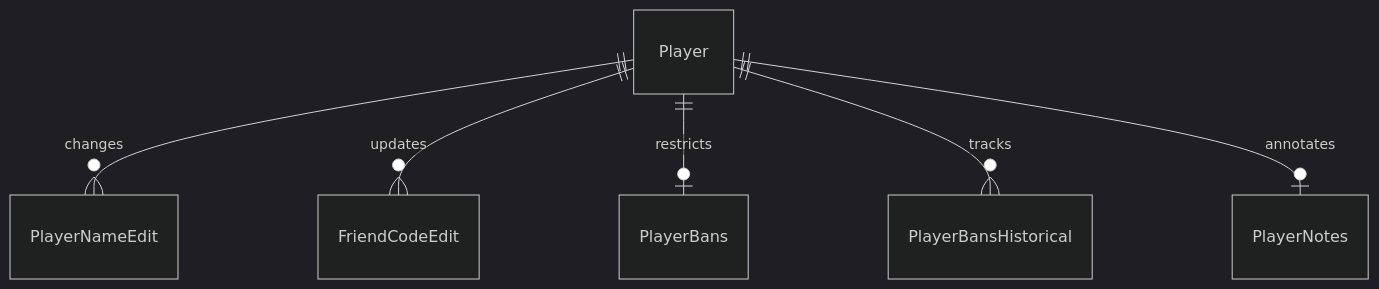
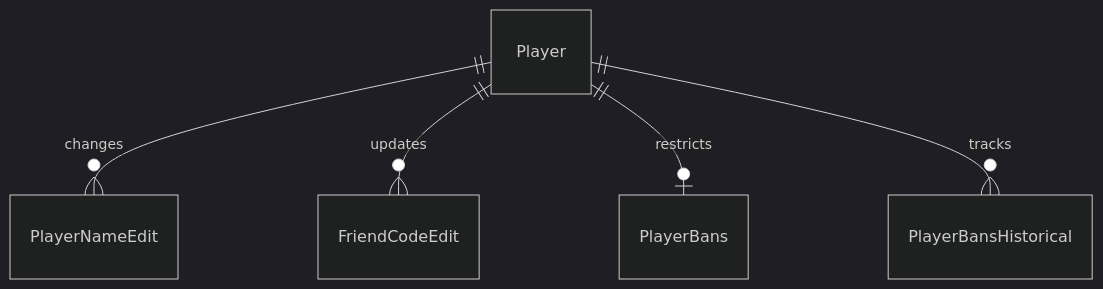
One commit to MarioKartCentral/MarioKartCentral changed the second of 16 diagrams in docs/database.md. Above: the diagram before and after it, drawn with Mermaid (dark theme). The commit also changed other lines of this file and 37 other files, not shown here.

Commit message:
Implement multi-database architecture

````diff
--- a/docs/database.md
+++ b/docs/database.md
@@ -109,11 +112,10 @@
 ```mermaid
 erDiagram
     %% History
     Player ||--o{ PlayerNameEdit : "changes"
     Player ||--o{ FriendCodeEdit : "updates"
     
     %% Moderation
     Player ||--o| PlayerBans : "restricts"
     Player ||--o{ PlayerBansHistorical : "tracks"
-    Player ||--o| PlayerNotes : "annotates"
 ```
````
